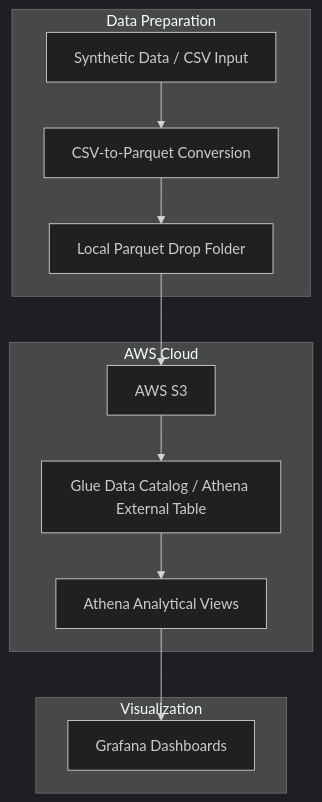
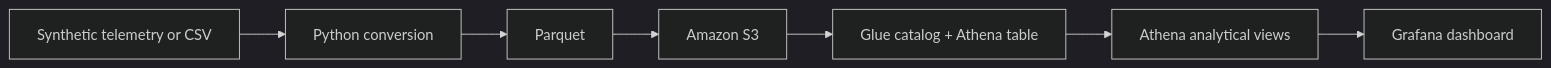
One commit to DennisKulik/Senior-Project changed the diagram in README.md. Above: the diagram before and after it, drawn with Mermaid (dark theme). The commit also changed other lines of this file and 2 other files, not shown here.

````diff
--- a/README.md
+++ b/README.md
@@ -56,26 +33,9 @@
 ```mermaid
-flowchart TD
-
-    subgraph Data_Preparation["Data Preparation"]
-        A[Synthetic Data / CSV Input]
-        B[CSV-to-Parquet Conversion]
-        C[Local Parquet Drop Folder]
-    end
-
-    subgraph AWS_Cloud["AWS Cloud"]
-        D[AWS S3]
-        E[Glue Data Catalog / Athena External Table]
-        F[Athena Analytical Views]
-    end
-
-    subgraph Visualization["Visualization"]
-        G[Grafana Dashboards]
-    end
-
-    A --> B
-    B --> C
-    C --> D
-    D --> E
-    E --> F
-    F --> G
+flowchart LR
+    A["Synthetic telemetry or CSV"] --> B["Python conversion"]
+    B --> C["Parquet"]
+    C --> D["Amazon S3"]
+    D --> E["Glue catalog + Athena table"]
+    E --> F["Athena analytical views"]
+    F --> G["Grafana dashboard"]
 ```
````
